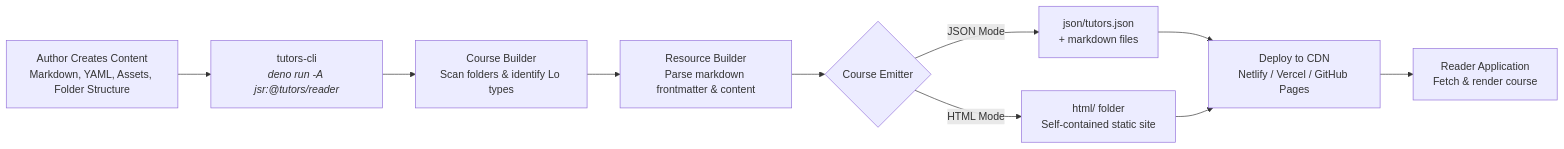
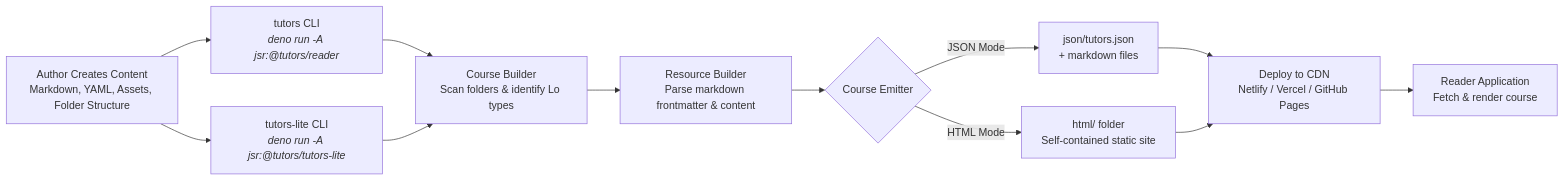
The ninth of 14 diagrams in unit-4-dev/note-architecture/note-architecture.md (tutors-sdk/tutors-reference-manual), drawn with Mermaid before and after one commit. The commit also changed other lines of this file and 10 other files, not shown here.

````diff
--- a/unit-4-dev/note-architecture/note-architecture.md
+++ b/unit-4-dev/note-architecture/note-architecture.md
@@ -1325,18 +1390,21 @@
 ```mermaid
 flowchart LR
   author["Author Creates Content<br/>Markdown, YAML, Assets, Folder Structure"]
 
-  author --> cli["tutors-cli<br/><i>deno run -A jsr:@tutors/reader</i>"]
+  author --> tutors_cli["tutors CLI<br/><i>deno run -A jsr:@tutors/reader</i>"]
+  author --> lite_cli["tutors-lite CLI<br/><i>deno run -A jsr:@tutors/tutors-lite</i>"]
 
-  cli --> builder["Course Builder<br/>Scan folders & identify Lo types"]
+  tutors_cli --> builder["Course Builder<br/>Scan folders & identify Lo types"]
+  lite_cli --> builder
+
   builder --> resource["Resource Builder<br/>Parse markdown frontmatter & content"]
   resource --> emitter{"Course Emitter"}
 
   emitter -->|JSON Mode| json["json/tutors.json<br/>+ markdown files"]
   emitter -->|HTML Mode| html["html/ folder<br/>Self-contained static site"]
 
   json --> cdn["Deploy to CDN<br/>Netlify / Vercel / GitHub Pages"]
   html --> cdn
 
   cdn --> reader_app["Reader Application<br/>Fetch & render course"]
 ```
````
